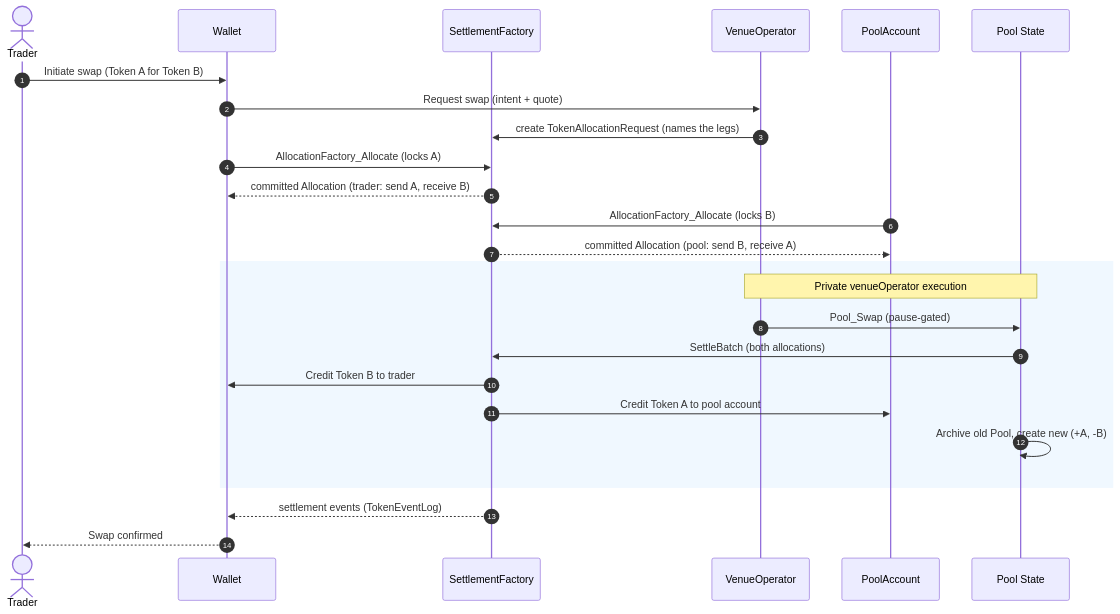
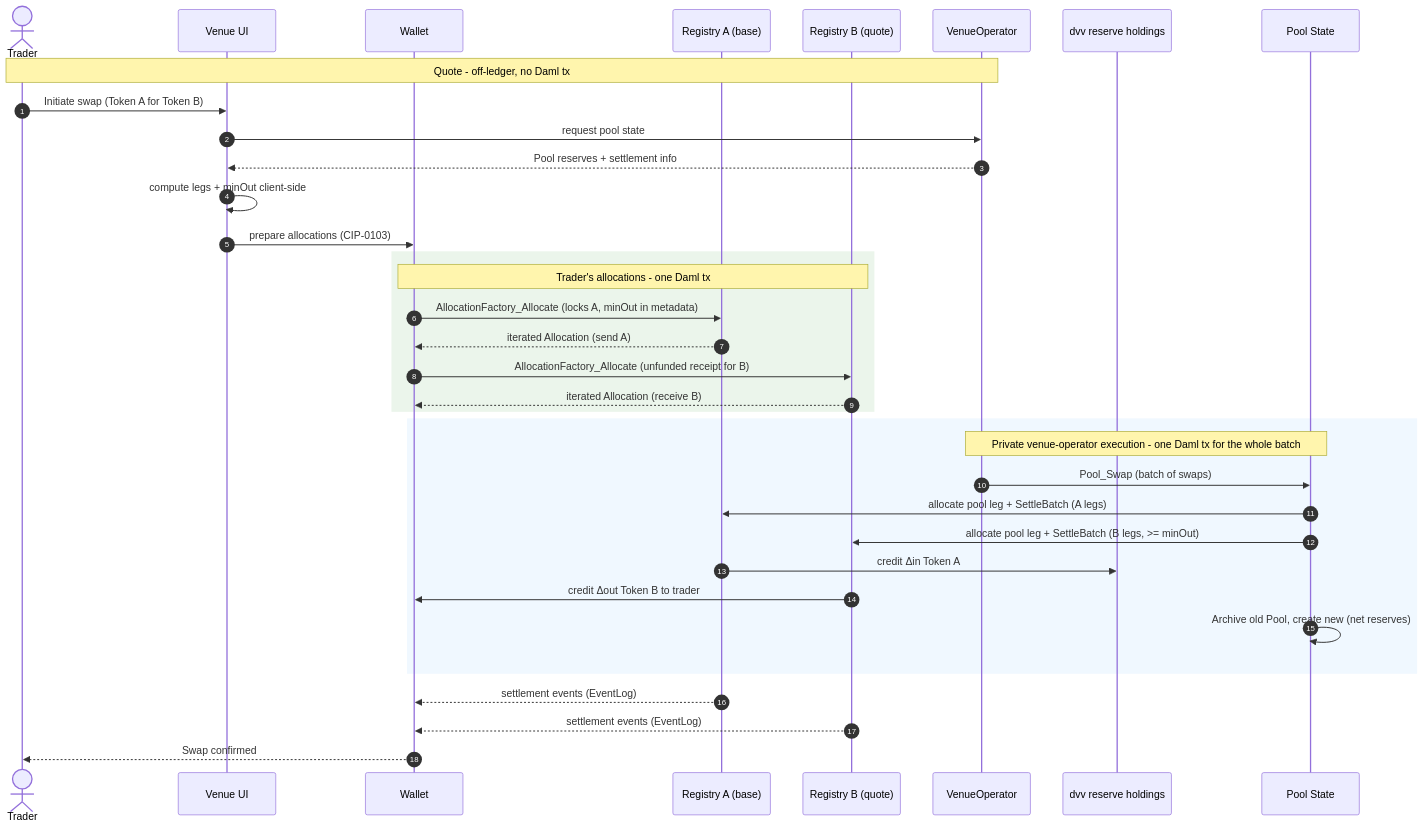
Before and after one commit to OpenZeppelin/canton-specs: the fourth of 4 diagrams in docs/reference-architectures/dex.md, drawn with Mermaid. The commit also changed other lines of this file, not shown here.

````diff
--- a/docs/reference-architectures/dex.md
+++ b/docs/reference-architectures/dex.md
@@ -382,30 +441,39 @@
 ```mermaid
 sequenceDiagram
     autonumber
     actor Trader
+    participant VenueUI as Venue UI
     participant Wallet
-    participant SettleFactory as SettlementFactory
+    participant RegA as Registry A (base)
+    participant RegB as Registry B (quote)
     participant VenueOperator
-    participant PoolAccount
+    participant PoolAcct as dvv reserve holdings
     participant PoolContract as Pool State
 
-    Trader->>Wallet: Initiate swap (Token A for Token B)
-    Wallet->>VenueOperator: Request swap (intent + quote)
-    VenueOperator->>SettleFactory: create TokenAllocationRequest (names the legs)
-    Wallet->>SettleFactory: AllocationFactory_Allocate (locks A)
-    SettleFactory-->>Wallet: committed Allocation (trader: send A, receive B)
-    PoolAccount->>SettleFactory: AllocationFactory_Allocate (locks B)
-    SettleFactory-->>PoolAccount: committed Allocation (pool: send B, receive A)
-
+    Note over Trader, VenueOperator: Quote - off-ledger, no Daml tx
+    Trader->>VenueUI: Initiate swap (Token A for Token B)
+    VenueUI->>VenueOperator: request pool state
+    VenueOperator-->>VenueUI: Pool reserves + settlement info
+    VenueUI->>VenueUI: compute legs + minOut client-side
+    VenueUI->>Wallet: prepare allocations (CIP-0103)
+    rect rgb(235, 245, 235)
+    Note over Wallet, RegB: Trader's allocations - one Daml tx
+    Wallet->>RegA: AllocationFactory_Allocate (locks A, minOut in metadata)
+    RegA-->>Wallet: iterated Allocation (send A)
+    Wallet->>RegB: AllocationFactory_Allocate (unfunded receipt for B)
+    RegB-->>Wallet: iterated Allocation (receive B)
+    end
     rect rgb(240, 248, 255)
-    Note over VenueOperator, PoolContract: Private venueOperator execution
-    VenueOperator->>PoolContract: Pool_Swap (pause-gated)
-    PoolContract->>SettleFactory: SettleBatch (both allocations)
-    SettleFactory->>Wallet: Credit Token B to trader
-    SettleFactory->>PoolAccount: Credit Token A to pool account
-    PoolContract->>PoolContract: Archive old Pool, create new (+A, -B)
+    Note over VenueOperator, PoolContract: Private venue-operator execution - one Daml tx for the whole batch
+    VenueOperator->>PoolContract: Pool_Swap (batch of swaps)
+    PoolContract->>RegA: allocate pool leg + SettleBatch (A legs)
+    PoolContract->>RegB: allocate pool leg + SettleBatch (B legs, >= minOut)
+    RegA->>PoolAcct: credit Δin Token A
+    RegB->>Wallet: credit Δout Token B to trader
+    PoolContract->>PoolContract: Archive old Pool, create new (net reserves)
     end
 
-    SettleFactory-->>Wallet: settlement events (TokenEventLog)
+    RegA-->>Wallet: settlement events (EventLog)
+    RegB-->>Wallet: settlement events (EventLog)
     Wallet-->>Trader: Swap confirmed
 ```
````
